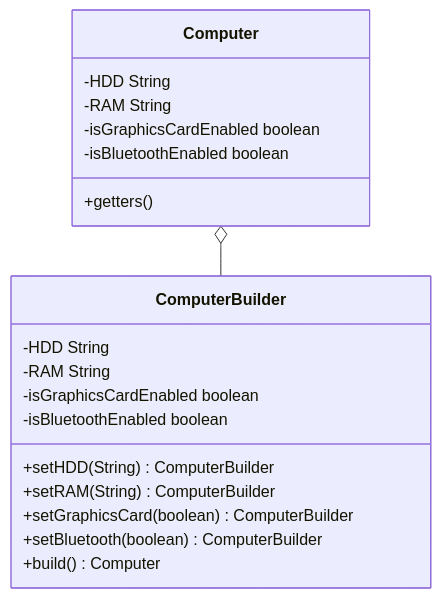
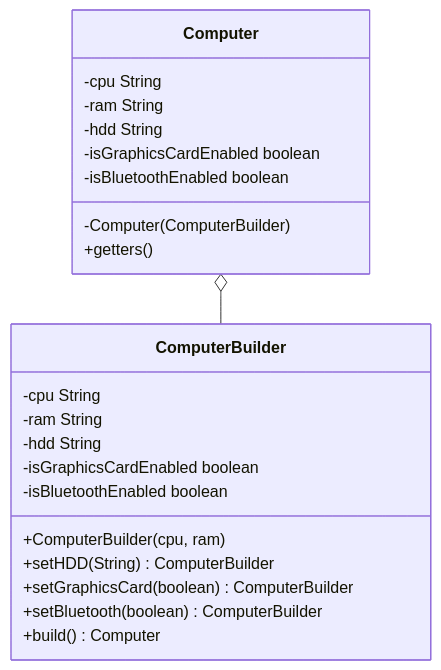
Before and after one commit to gp330841/interview: the first of 2 diagrams in low-level-design/concepts/04-builder-pattern.md, drawn with Mermaid. The commit also changed other lines of this file and 66 other files, not shown here.

````diff
--- a/low-level-design/concepts/04-builder-pattern.md
+++ b/low-level-design/concepts/04-builder-pattern.md
@@ -16,22 +15,25 @@
 ```mermaid
 classDiagram
     Computer o-- ComputerBuilder
     class Computer {
-        -HDD String
-        -RAM String
+        -cpu String
+        -ram String
+        -hdd String
         -isGraphicsCardEnabled boolean
         -isBluetoothEnabled boolean
+        -Computer(ComputerBuilder)
         +getters()
     }
     class ComputerBuilder {
-        -HDD String
-        -RAM String
+        -cpu String
+        -ram String
+        -hdd String
         -isGraphicsCardEnabled boolean
         -isBluetoothEnabled boolean
+        +ComputerBuilder(cpu, ram)
         +setHDD(String) ComputerBuilder
-        +setRAM(String) ComputerBuilder
         +setGraphicsCard(boolean) ComputerBuilder
         +setBluetooth(boolean) ComputerBuilder
         +build() Computer
     }
 ```
````
